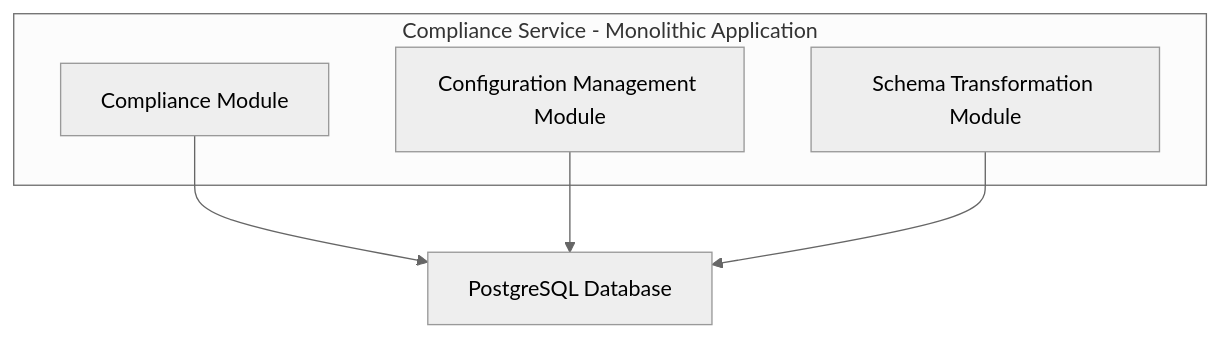
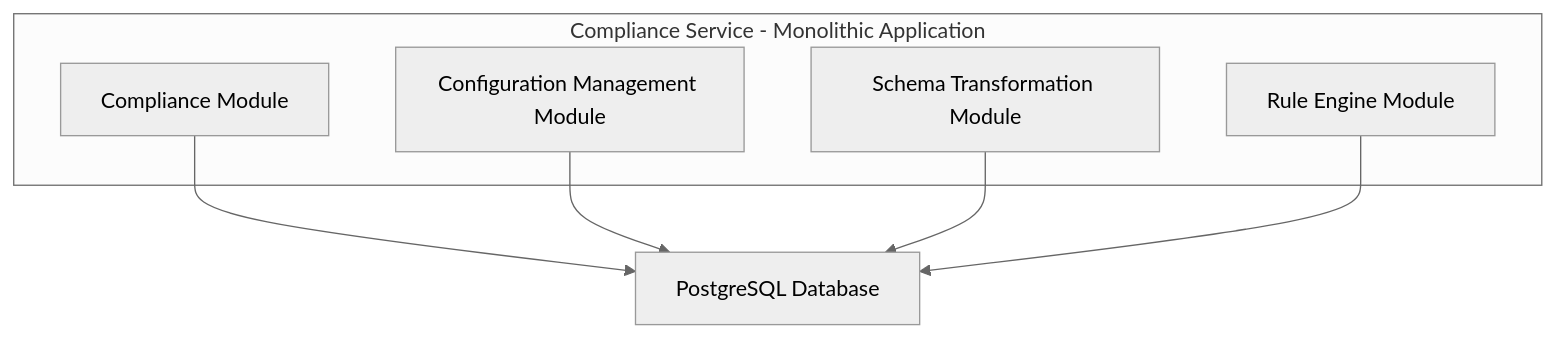
Before and after one commit to miketolbert/compliance-service: the second of 2 diagrams in SIMPLIFIED_APPROACH.md, drawn with Mermaid (neutral theme). The commit also changed other lines of this file and 1 other file, not shown here.

Commit message:
update PM sections and diagram on Simplified approach

````diff
--- a/SIMPLIFIED_APPROACH.md
+++ b/SIMPLIFIED_APPROACH.md
@@ -23,13 +23,15 @@
 ```mermaid
 graph TD
 
     subgraph Compliance Service - Monolithic Application
         C1[Compliance Module]
         C2[Configuration Management Module]
         C3[Schema Transformation Module]
+        C4[Rule Engine Module]
     end
 
     C1 --> D[PostgreSQL Database]
     C2 --> D
     C3 --> D
+    C4 --> D
 ```
````
